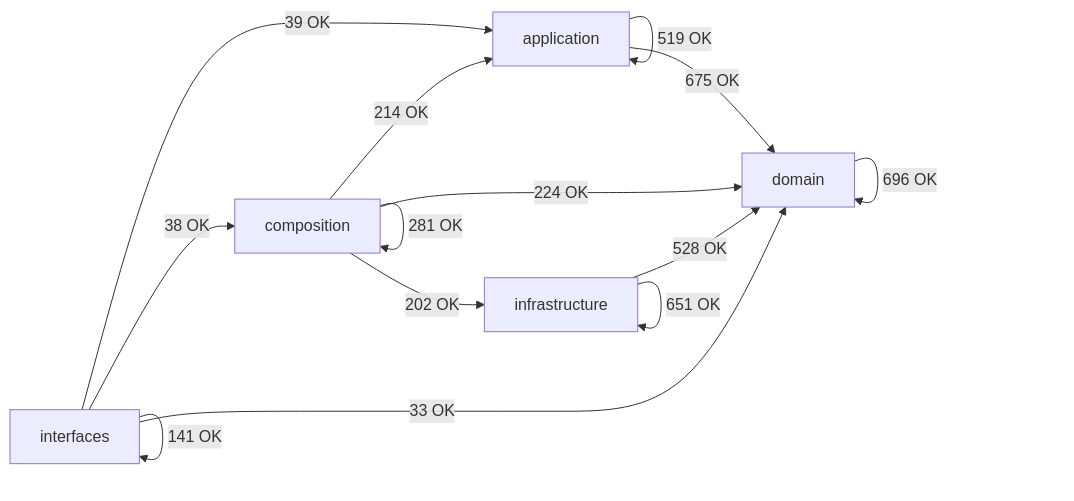
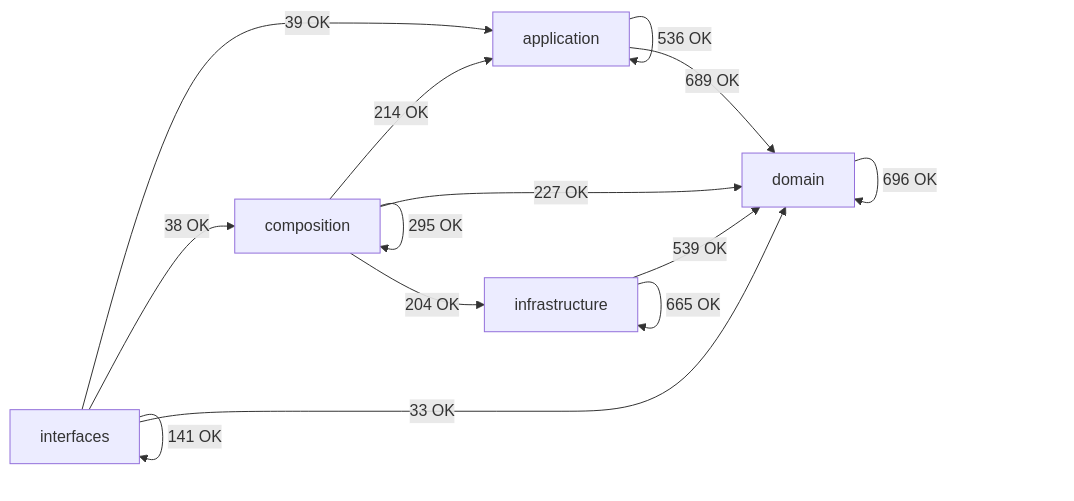
Before and after one commit to SatoryKono/BioactivityDataAcquisition: the diagram in docs/02-architecture/generated/module-dependency-map.md, drawn with Mermaid. The commit also changed other lines of this file and 208 other files, not shown here.

````diff
--- a/docs/02-architecture/generated/module-dependency-map.md
+++ b/docs/02-architecture/generated/module-dependency-map.md
@@ -16,21 +16,21 @@
 ```mermaid
 flowchart LR
     domain[domain]
     application[application]
     infrastructure[infrastructure]
     composition[composition]
     interfaces[interfaces]
-    application -->|519 OK| application
-    application -->|675 OK| domain
+    application -->|536 OK| application
+    application -->|689 OK| domain
     composition -->|214 OK| application
-    composition -->|281 OK| composition
-    composition -->|224 OK| domain
-    composition -->|202 OK| infrastructure
+    composition -->|295 OK| composition
+    composition -->|227 OK| domain
+    composition -->|204 OK| infrastructure
     domain -->|696 OK| domain
-    infrastructure -->|528 OK| domain
-    infrastructure -->|651 OK| infrastructure
+    infrastructure -->|539 OK| domain
+    infrastructure -->|665 OK| infrastructure
     interfaces -->|39 OK| application
     interfaces -->|38 OK| composition
     interfaces -->|33 OK| domain
     interfaces -->|141 OK| interfaces
 ```
````
